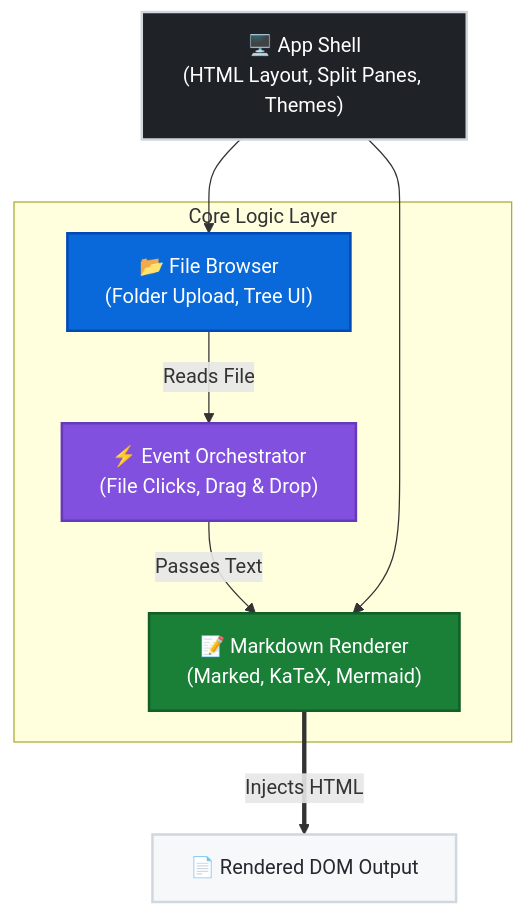
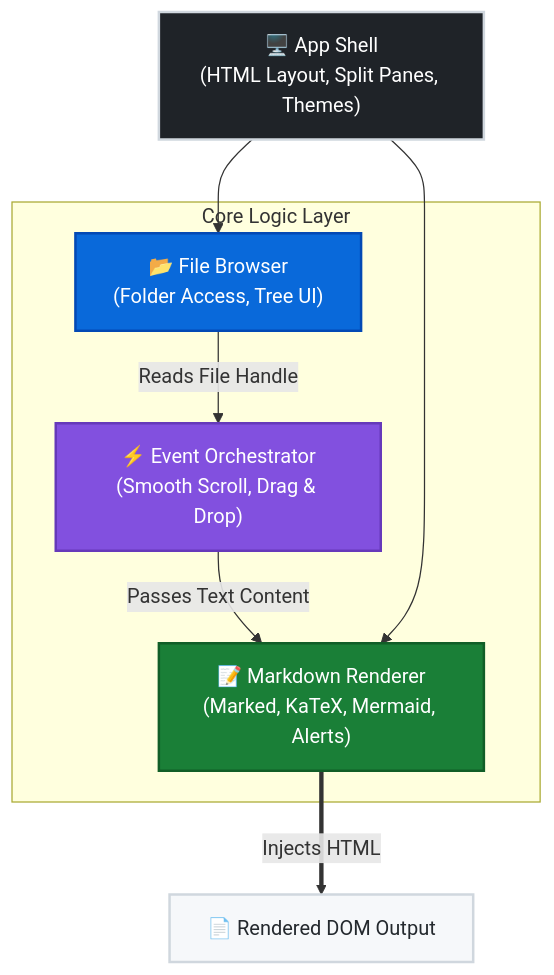
One commit to me-yutakun/MDBrowser changed the diagram in README.md. Above: the diagram before and after it, drawn with Mermaid. The commit also changed other lines of this file, not shown here.

````diff
--- a/README.md
+++ b/README.md
@@ -94,24 +74,24 @@
 ```mermaid
 flowchart TD
     classDef shell fill:#1f2328,stroke:#d0d7de,stroke-width:2px,color:#fff
     classDef module fill:#0969da,stroke:#0349b4,stroke-width:2px,color:#fff
     classDef event fill:#8250df,stroke:#6639ba,stroke-width:2px,color:#fff
     classDef render fill:#1a7f37,stroke:#115e27,stroke-width:2px,color:#fff
     classDef output fill:#f6f8fa,stroke:#d0d7de,stroke-width:2px,color:#24292e
 
     AppShell["🖥️ App Shell<br/>(HTML Layout, Split Panes, Themes)"]:::shell
 
     subgraph Core Logic Layer
-        FileBrowser["📂 File Browser<br/>(Folder Upload, Tree UI)"]:::module
-        Orchestrator["⚡ Event Orchestrator<br/>(File Clicks, Drag & Drop)"]:::event
-        Renderer["📝 Markdown Renderer<br/>(Marked, KaTeX, Mermaid)"]:::render
+        FileBrowser["📂 File Browser<br/>(Folder Access, Tree UI)"]:::module
+        Orchestrator["⚡ Event Orchestrator<br/>(Smooth Scroll, Drag & Drop)"]:::event
+        Renderer["📝 Markdown Renderer<br/>(Marked, KaTeX, Mermaid, Alerts)"]:::render
 
-        FileBrowser -- "Reads File" --> Orchestrator
-        Orchestrator -- "Passes Text" --> Renderer
+        FileBrowser -- "Reads File Handle" --> Orchestrator
+        Orchestrator -- "Passes Text Content" --> Renderer
     end
 
     AppShell --> FileBrowser
     AppShell --> Renderer
 
     Renderer == "Injects HTML" ==> Output["📄 Rendered DOM Output"]:::output
 ```
````
